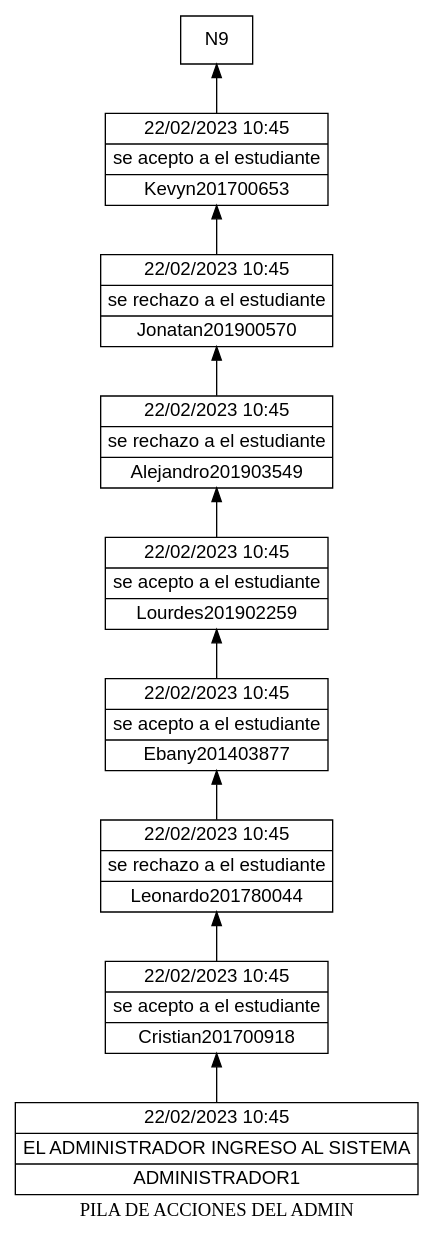
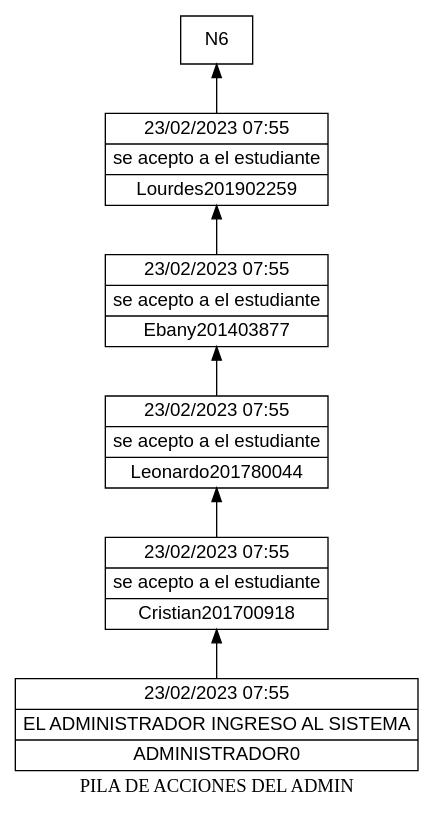
One commit to Nahomi-Aparicio/EDD_1S2023_PY_202113293_F1 changed the diagram in EDD_Proyecto1_Fase1/pila.dot. Above: the diagram before and after it, drawn with Graphviz. The commit also changed 12 other files, not shown here.

```diff
--- a/EDD_Proyecto1_Fase1/pila.dot
+++ b/EDD_Proyecto1_Fase1/pila.dot
@@ -1,22 +1,16 @@
 digraph G {
 rankdir=BT;
 node [shape=box];
 node [shape=record fontname=Arial]
 label = "PILA DE ACCIONES DEL ADMIN";
-N8[label="{22/02/2023      10:45     |se acepto a el estudiante|Kevyn201700653}"];
+N5[label="{23/02/2023      07:55     |se acepto a el estudiante|Lourdes201902259}"];
 N1->N2;
-N7[label="{22/02/2023      10:45     |se rechazo a el estudiante|Jonatan201900570}"];
+N4[label="{23/02/2023      07:55     |se acepto a el estudiante|Ebany201403877}"];
 N2->N3;
-N6[label="{22/02/2023      10:45     |se rechazo a el estudiante|Alejandro201903549}"];
+N3[label="{23/02/2023      07:55     |se acepto a el estudiante|Leonardo201780044}"];
 N3->N4;
-N5[label="{22/02/2023      10:45     |se acepto a el estudiante|Lourdes201902259}"];
+N2[label="{23/02/2023      07:55     |se acepto a el estudiante|Cristian201700918}"];
 N4->N5;
-N4[label="{22/02/2023      10:45     |se acepto a el estudiante|Ebany201403877}"];
+N1[label="{23/02/2023      07:55     |EL ADMINISTRADOR INGRESO AL SISTEMA|ADMINISTRADOR0}"];
 N5->N6;
-N3[label="{22/02/2023      10:45     |se rechazo a el estudiante|Leonardo201780044}"];
-N6->N7;
-N2[label="{22/02/2023      10:45     |se acepto a el estudiante|Cristian201700918}"];
-N7->N8;
-N1[label="{22/02/2023      10:45     |EL ADMINISTRADOR INGRESO AL SISTEMA|ADMINISTRADOR1}"];
-N8->N9;
 }
```
